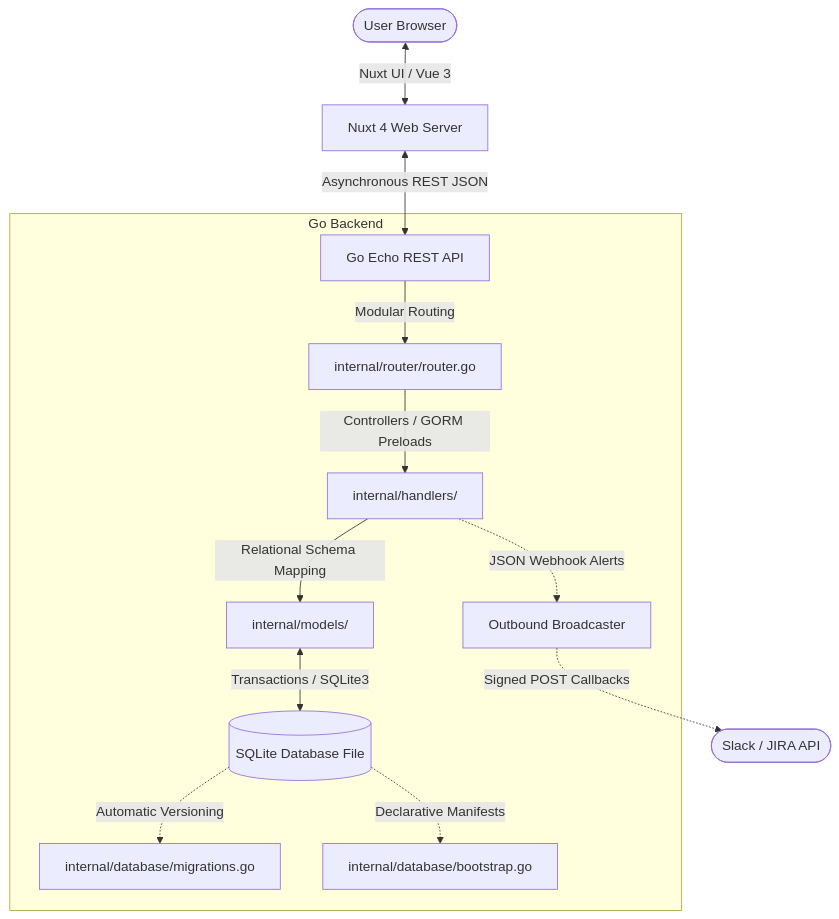
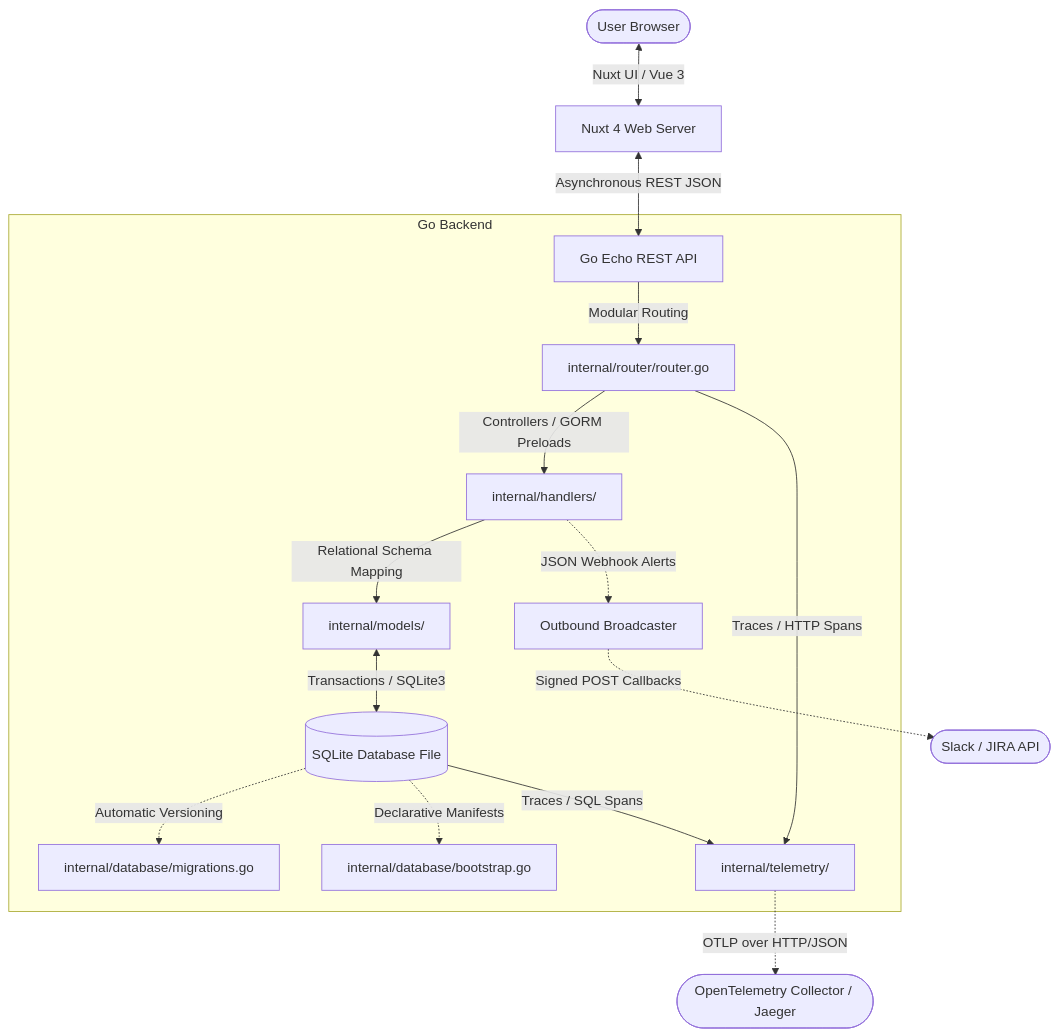
One commit to Astrona-io/northstar changed the first of 2 diagrams in docs/explanation/architecture.md. Above: the diagram before and after it, drawn with Mermaid. The commit also changed other lines of this file and 9 other files, not shown here.

First line of the commit message:
feat(observability): integrate OpenTelemetry tracing and GORM callbacks

````diff
--- a/docs/explanation/architecture.md
+++ b/docs/explanation/architecture.md
@@ -11,20 +11,24 @@
 ```mermaid
 graph TD
     User([User Browser]) <--> |Nuxt UI / Vue 3| Frontend[Nuxt 4 Web Server]
     Frontend <--> |Asynchronous REST JSON| Backend[Go Echo REST API]
     
     subgraph Go Backend
         Backend --> |Modular Routing| Router[internal/router/router.go]
         Router --> |Controllers / GORM Preloads| Handlers[internal/handlers/]
         Handlers --> |Relational Schema Mapping| Models[internal/models/]
         
         Models <--> |Transactions / SQLite3| DB[(SQLite Database File)]
         
         DB -.-> |Automatic Versioning| Migrations[internal/database/migrations.go]
         DB -.-> |Declarative Manifests| Seeder[internal/database/bootstrap.go]
         
         Handlers -.-> |JSON Webhook Alerts| Webhooks[Outbound Broadcaster]
+        
+        Router --> |Traces / HTTP Spans| OTel[internal/telemetry/]
+        DB --> |Traces / SQL Spans| OTel
     end
     
     Webhooks -.-> |Signed POST Callbacks| Integrations([Slack / JIRA API])
+    OTel -.-> |OTLP over HTTP/JSON| Collector([OpenTelemetry Collector / Jaeger])
 ```
````
